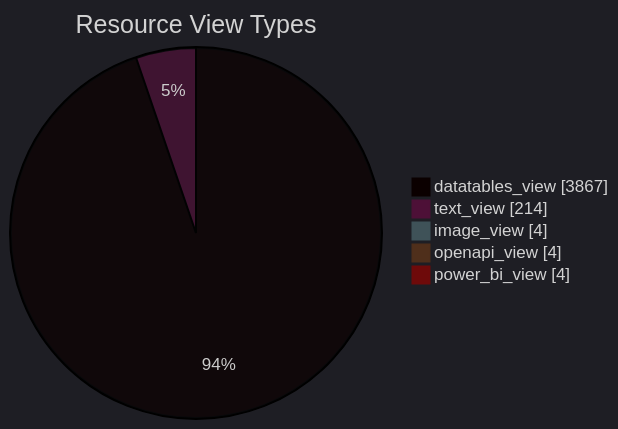
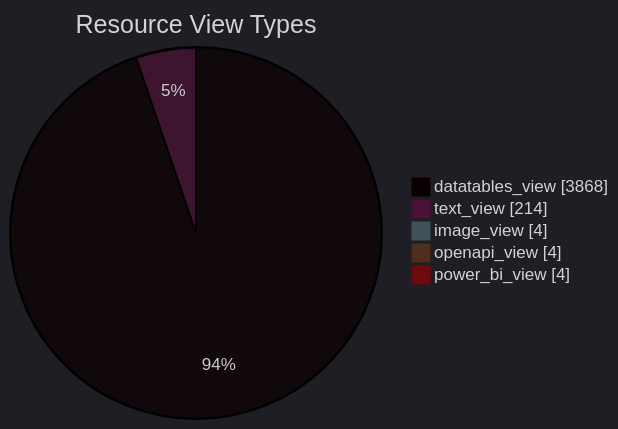
The diagram in datastore_tracker/resource_view_types_pie_chart.md (open-data/analytics-corporate-reporting), drawn with Mermaid before and after one commit. The commit also changed 11 other files, not shown here.

````diff
--- a/datastore_tracker/resource_view_types_pie_chart.md
+++ b/datastore_tracker/resource_view_types_pie_chart.md
@@ -2,12 +2,12 @@
 ```mermaid
 ---
 config:
   theme: dark
 ---
 pie showData title Resource View Types
-    "datatables_view": 3867
+    "datatables_view": 3868
     "text_view": 214
     "image_view": 4
     "openapi_view": 4
     "power_bi_view": 4
 ```
````
